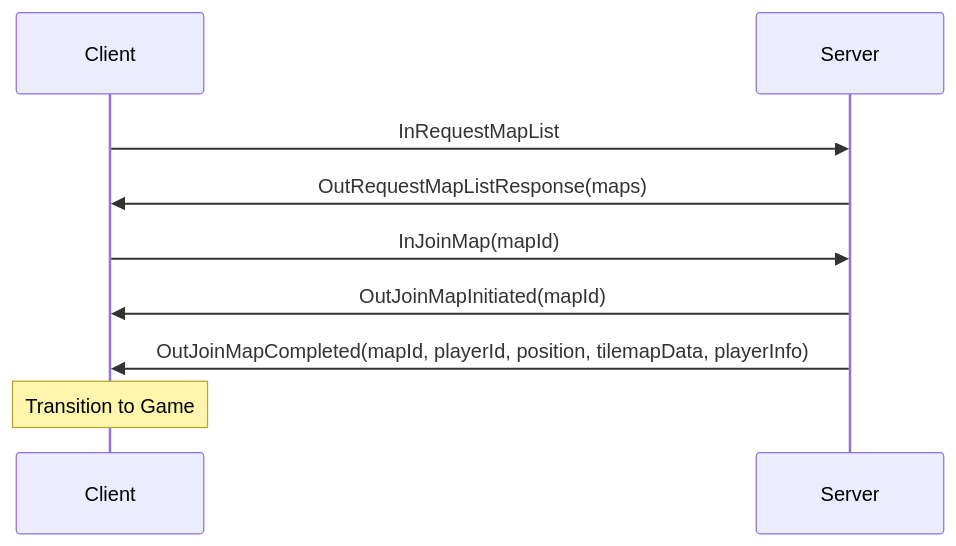
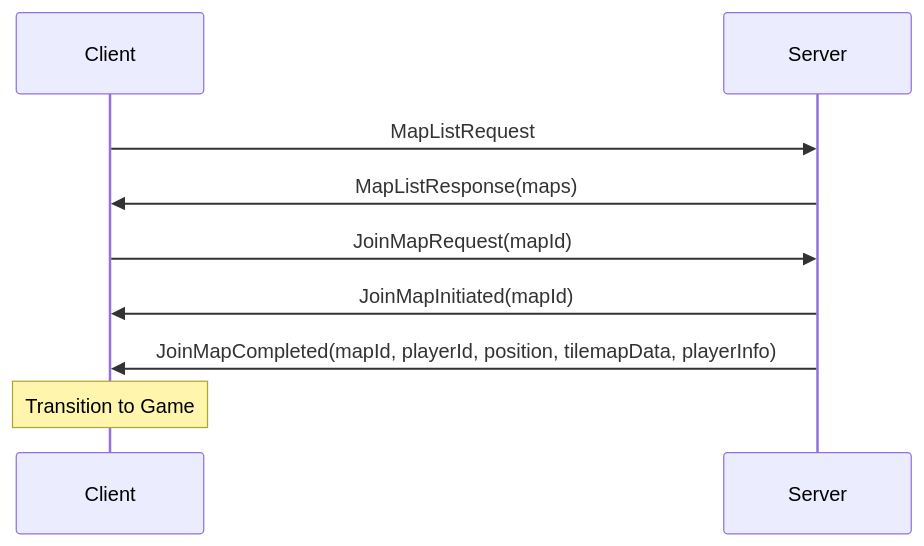
The second of 4 diagrams in Learning/ExternalMessagesReference.md (smidy/ChickenFight), drawn with Mermaid before and after one commit. The commit also changed other lines of this file and 3 other files, not shown here.

````diff
--- a/Learning/ExternalMessagesReference.md
+++ b/Learning/ExternalMessagesReference.md
@@ -57,13 +95,13 @@
 ```mermaid
 sequenceDiagram
     participant Client
     participant Server
     
-    Client->>Server: InRequestMapList
-    Server->>Client: OutRequestMapListResponse(maps)
+    Client->>Server: MapListRequest
+    Server->>Client: MapListResponse(maps)
     
-    Client->>Server: InJoinMap(mapId)
-    Server->>Client: OutJoinMapInitiated(mapId)
-    Server->>Client: OutJoinMapCompleted(mapId, playerId, position, tilemapData, playerInfo)
+    Client->>Server: JoinMapRequest(mapId)
+    Server->>Client: JoinMapInitiated(mapId)
+    Server->>Client: JoinMapCompleted(mapId, playerId, position, tilemapData, playerInfo)
     Note over Client: Transition to Game
 ```
````
